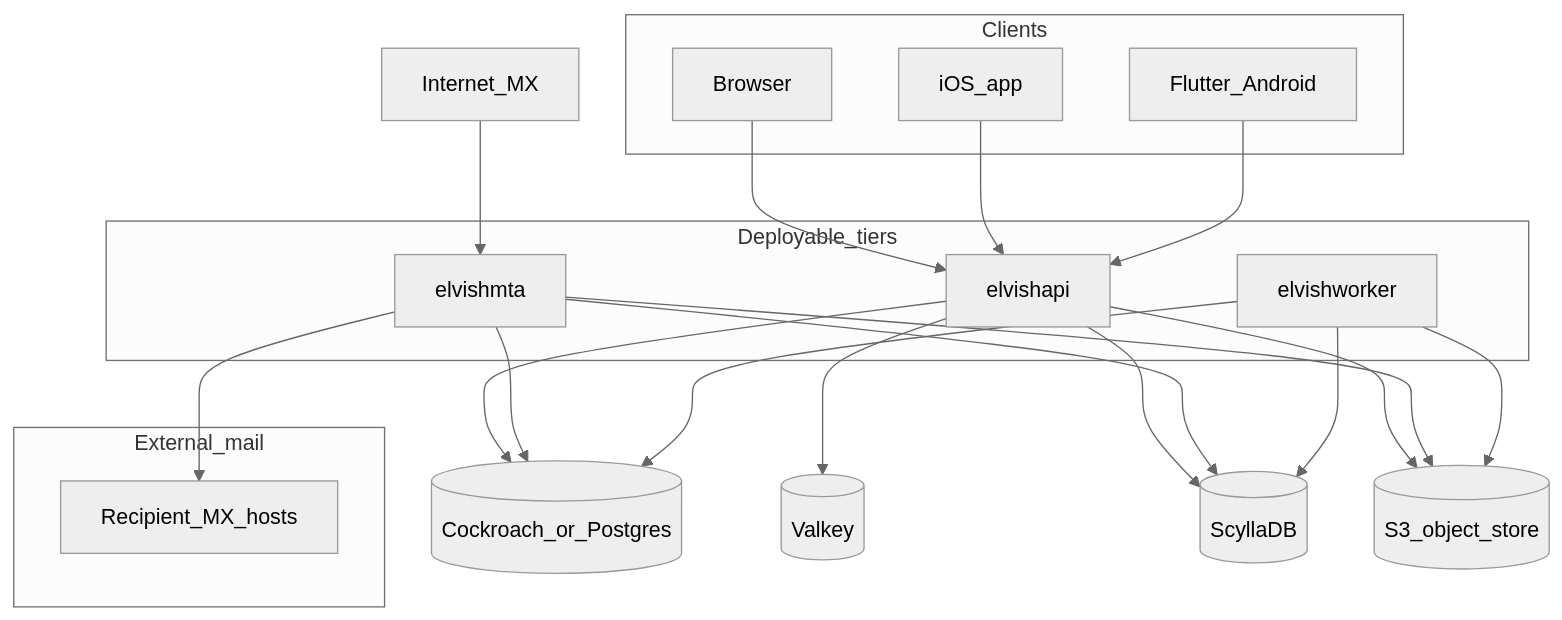
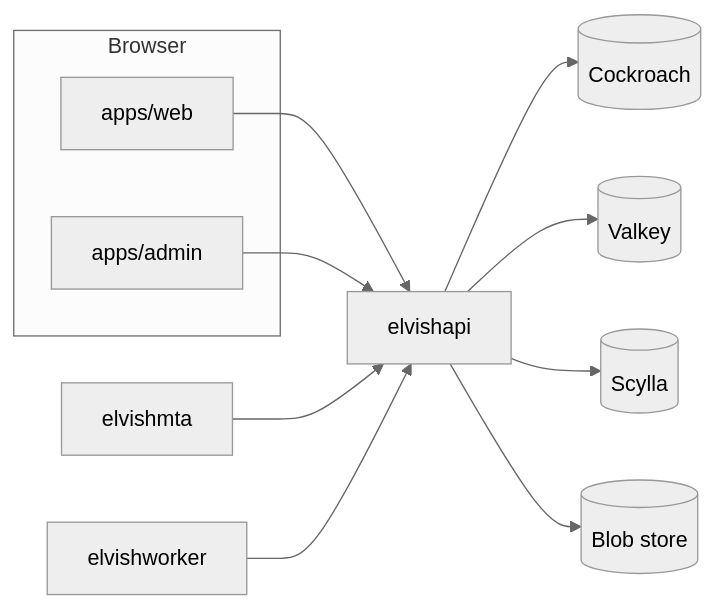
Before and after one commit to Thravok/elvish-email: the diagram in docs/architecture.md, drawn with Mermaid (neutral theme). The commit also changed other lines of this file and 793 other files, not shown here.

````diff
--- a/docs/architecture.md
+++ b/docs/architecture.md
@@ -16,35 +14,18 @@
 ```mermaid
-flowchart TB
-  subgraph clients [Clients]
-    Browser[Browser]
-    IOSapp[iOS_app]
-    FlutterApp[Flutter_Android]
+flowchart LR
+  subgraph browser [Browser]
+    Web[apps/web]
+    Admin[apps/admin]
   end
-  subgraph edge [Deployable_tiers]
-    API[elvishapi]
-    MTA[elvishmta]
-    Worker[elvishworker]
-  end
-  SQL[(Cockroach_or_Postgres)]
-  Valkey[(Valkey)]
-  Scylla[(ScyllaDB)]
-  Blobs[(S3_object_store)]
-  subgraph external [External_mail]
-    PeerMX[Recipient_MX_hosts]
-  end
-  Browser --> API
-  IOSapp --> API
-  FlutterApp --> API
-  InternetMX[Internet_MX] --> MTA
-  API --> SQL
-  API --> Valkey
-  MTA --> SQL
-  API --> Scylla
-  API --> Blobs
-  MTA --> Scylla
-  MTA --> Blobs
-  Worker --> SQL
-  Worker --> Scylla
-  Worker --> Blobs
-  MTA --> PeerMX
+  API[elvishapi]
+  MTA[elvishmta]
+  Worker[elvishworker]
+  Web --> API
+  Admin --> API
+  API --> CRDB[(Cockroach)]
+  API --> Valkey[(Valkey)]
+  API --> Scylla[(Scylla)]
+  API --> S3[(Blob store)]
+  MTA --> API
+  Worker --> API
 ```
````
